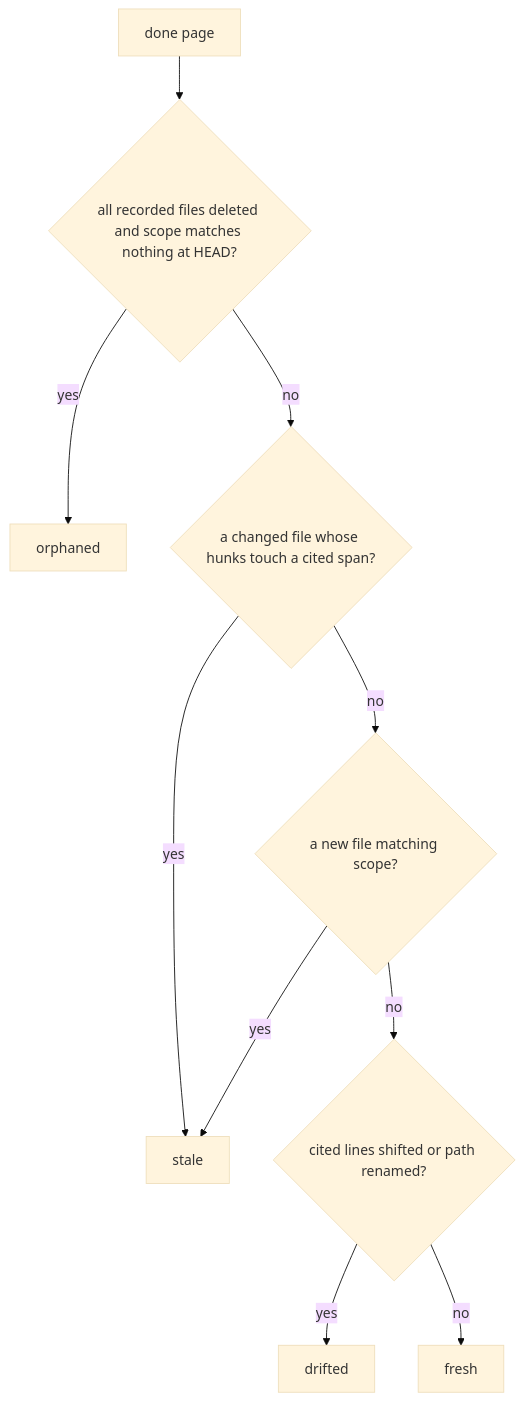
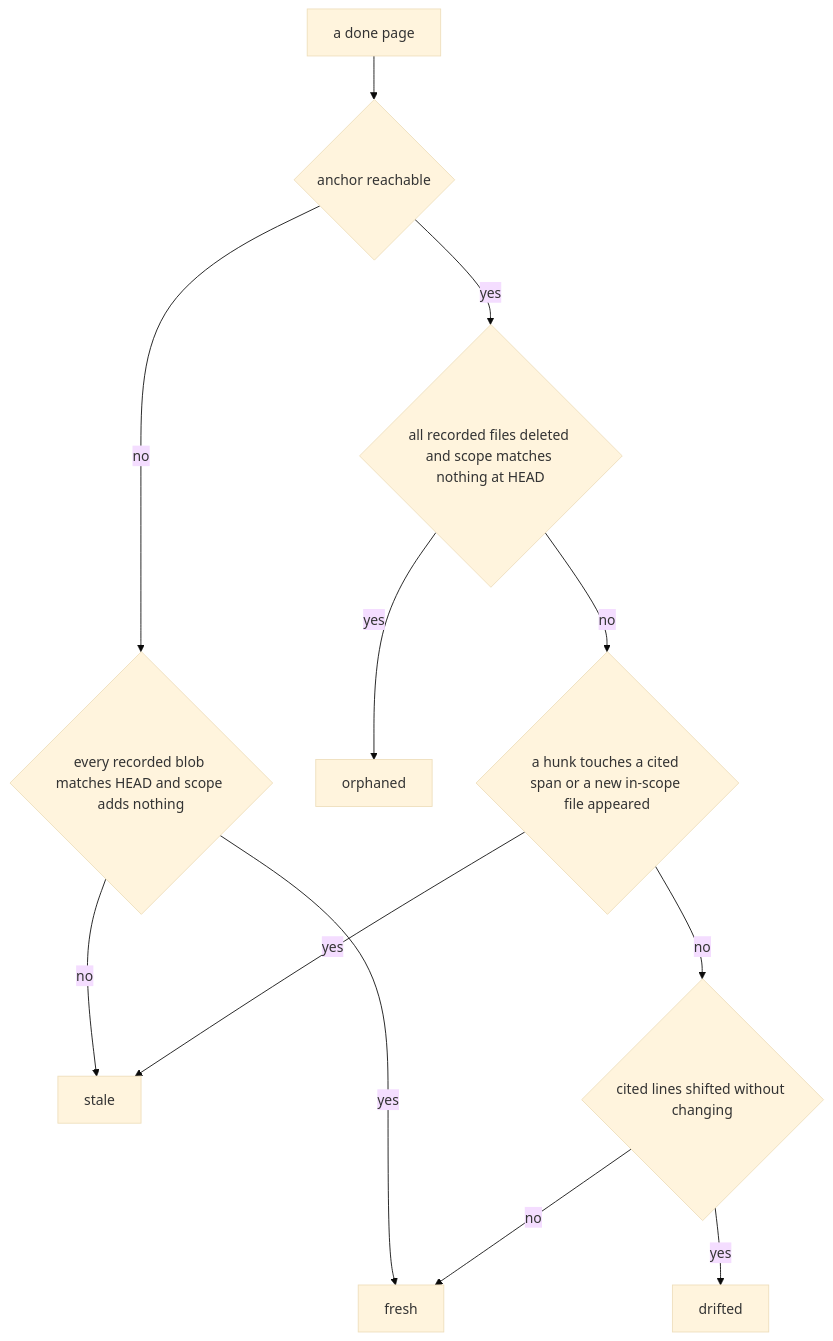
Before and after one commit to ARMeeru/akashic-record: the diagram in .akashic/wiki/deterministic-core.md, drawn with Mermaid (base theme). The commit also changed other lines of this file and 2 other files, not shown here.

````diff
--- a/.akashic/wiki/deterministic-core.md
+++ b/.akashic/wiki/deterministic-core.md
@@ -40,12 +48,14 @@
 ```mermaid
 flowchart TD
-  A[done page] --> B{all recorded files deleted and scope matches nothing at HEAD?}
-  B -- yes --> C[orphaned]
-  B -- no --> D{a changed file whose hunks touch a cited span?}
-  D -- yes --> E[stale]
-  D -- no --> F{a new file matching scope?}
-  F -- yes --> E
-  F -- no --> G{cited lines shifted or path renamed?}
-  G -- yes --> H[drifted]
-  G -- no --> I[fresh]
+  A[a done page] --> B{anchor reachable}
+  B -- no --> C{every recorded blob matches HEAD and scope adds nothing}
+  C -- yes --> D[fresh]
+  C -- no --> E[stale]
+  B -- yes --> F{all recorded files deleted and scope matches nothing at HEAD}
+  F -- yes --> G[orphaned]
+  F -- no --> H{a hunk touches a cited span or a new in-scope file appeared}
+  H -- yes --> E
+  H -- no --> I{cited lines shifted without changing}
+  I -- yes --> J[drifted]
+  I -- no --> D
 ```
````
